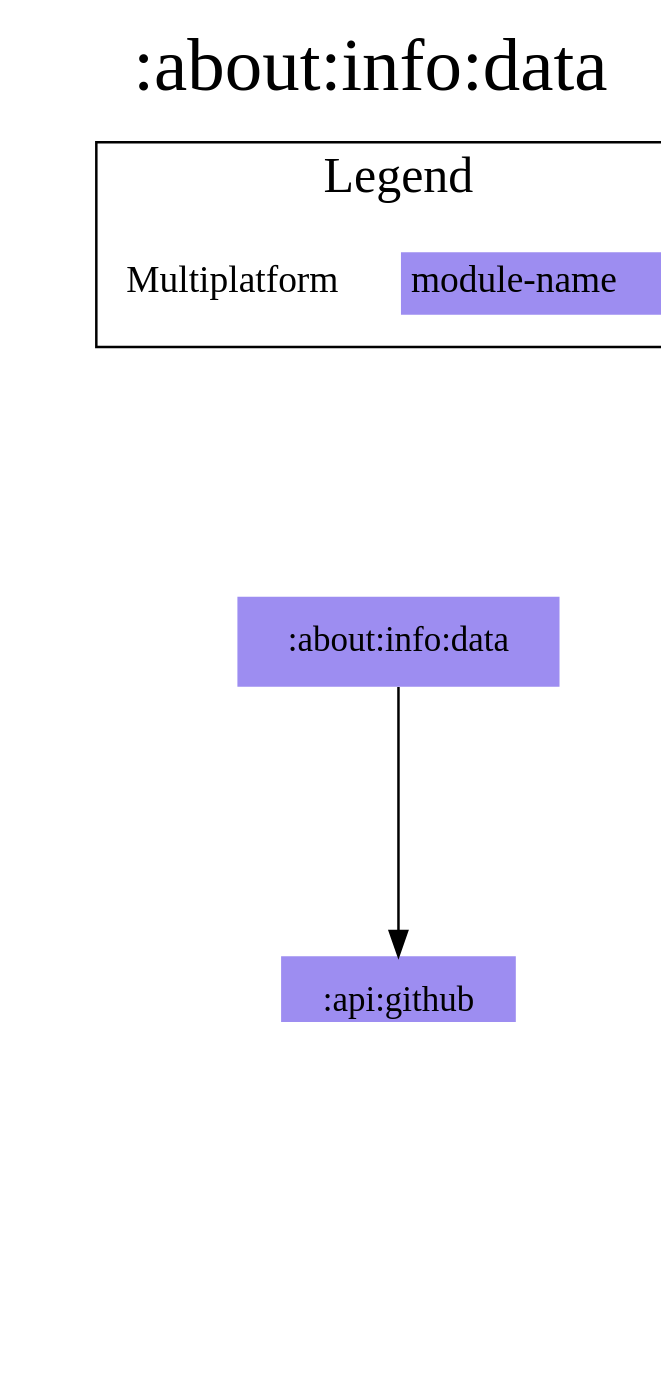
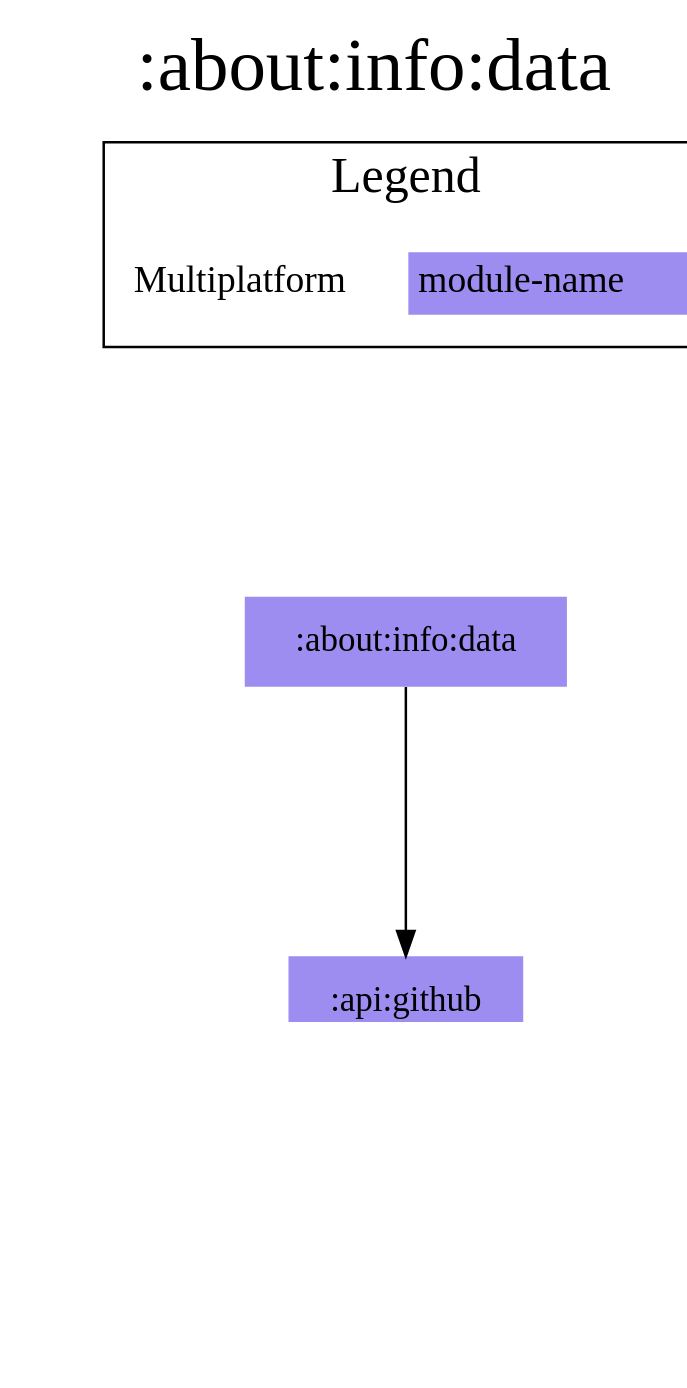
Before and after one commit to jonapoul/aktual: the diagram in modules/about/info/data/modules.dot, drawn with Graphviz. The commit also changed 96 other files, not shown here.

Commit message:
url:model -> core:model

```diff
--- a/modules/about/info/data/modules.dot
+++ b/modules/about/info/data/modules.dot
@@ -1,25 +1,25 @@
 digraph {
 edge ["dir"="forward"]
 graph ["dpi"="100","label"=":about:info:data","labelloc"="t","fontsize"="30","ranksep"="1.5","rankdir"="TB"]
 node ["style"="filled"]
 ":about:info:data" ["fillcolor"="#9D8DF1","shape"="none"]
 ":api:github" ["fillcolor"="#9D8DF1","shape"="none"]
 ":codegen:annotation" ["fillcolor"="#9D8DF1","shape"="none"]
-":url:model" ["fillcolor"="#9D8DF1","shape"="none"]
+":core:model" ["fillcolor"="#9D8DF1","shape"="none"]
 {
 edge ["dir"="none"]
 graph ["rank"="same"]
 }
 ":about:info:data" -> ":api:github"
 ":api:github" -> ":codegen:annotation" ["style"="dotted"]
-":api:github" -> ":url:model"
+":api:github" -> ":core:model"
 subgraph "cluster_legend" {
 edge ["dir"="none"]
 graph ["label"="Legend","fontsize"="20"]
 "Legend" ["style"="filled","fillcolor"="#FFFFFF","shape"="none","margin"="0","fontsize"="15","label"=<
 <TABLE BORDER="0" CELLBORDER="0" CELLSPACING="0" CELLPADDING="4">
 <TR><TD>Multiplatform</TD><TD BGCOLOR="#9D8DF1">module-name</TD></TR>
 </TABLE>
 >]
 } -> ":about:info:data" ["style"="invis"]
 }
```
